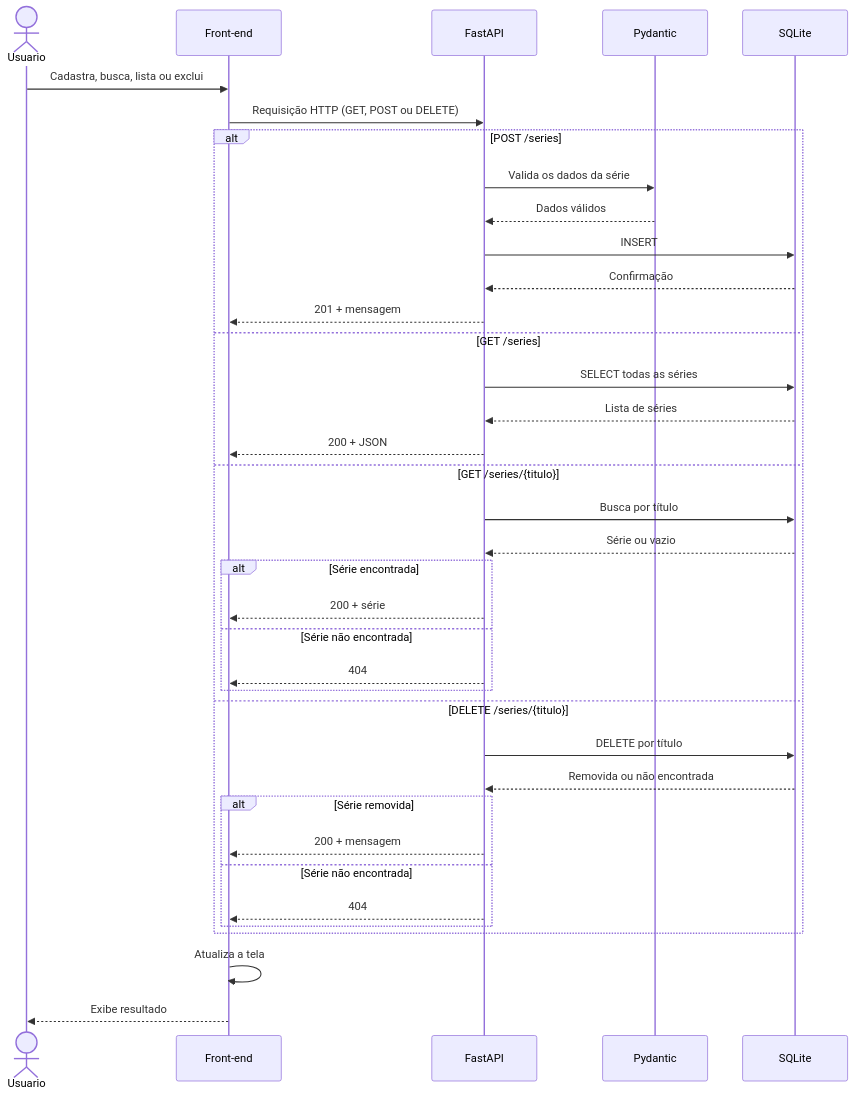
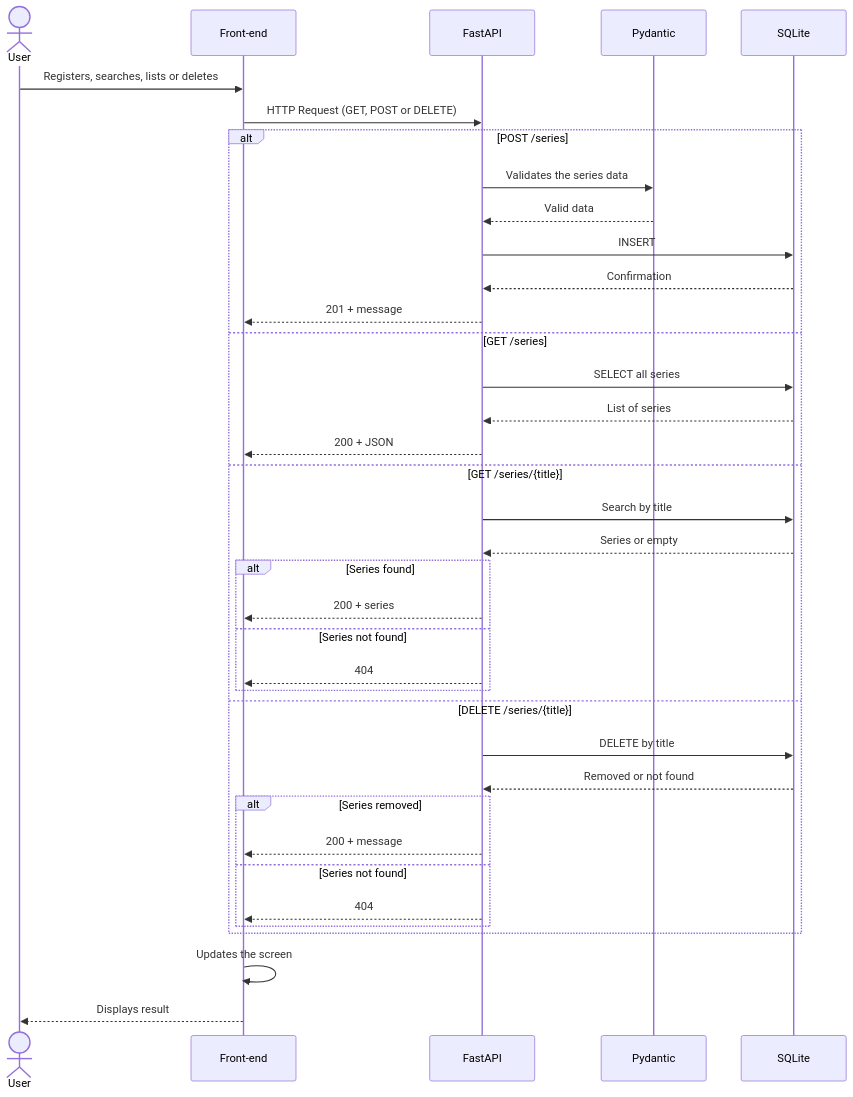
One commit to JuliaLavagnini/catagolo_series changed the second of 2 diagrams in README.md. Above: the diagram before and after it, drawn with Mermaid. The commit also changed other lines of this file and 9 other files, not shown here.

Commit message:
series management; enhance frontend interface with English translations and improved user experience

````diff
--- a/README.md
+++ b/README.md
@@ -57,42 +57,42 @@
 ```mermaid
 sequenceDiagram
-    actor Usuario
+    actor User
     participant Interface as Front-end
     participant API as FastAPI
-    participant Validacao as Pydantic
-    participant Banco as SQLite
+    participant Validation as Pydantic
+    participant Database as SQLite
 
-    Usuario->>Interface: Cadastra, busca, lista ou exclui
-    Interface->>API: Requisição HTTP (GET, POST ou DELETE)
+    User->>Interface: Registers, searches, lists or deletes
+    Interface->>API: HTTP Request (GET, POST or DELETE)
 
     alt POST /series
-        API->>Validacao: Valida os dados da série
-        Validacao-->>API: Dados válidos
-        API->>Banco: INSERT
-        Banco-->>API: Confirmação
-        API-->>Interface: 201 + mensagem
+        API->>Validation: Validates the series data
+        Validation-->>API: Valid data
+        API->>Database: INSERT
+        Database-->>API: Confirmation
+        API-->>Interface: 201 + message
     else GET /series
-        API->>Banco: SELECT todas as séries
-        Banco-->>API: Lista de séries
+        API->>Database: SELECT all series
+        Database-->>API: List of series
         API-->>Interface: 200 + JSON
-    else GET /series/{titulo}
-        API->>Banco: Busca por título
-        Banco-->>API: Série ou vazio
-        alt Série encontrada
-            API-->>Interface: 200 + série
-        else Série não encontrada
+    else GET /series/{title}
+        API->>Database: Search by title
+        Database-->>API: Series or empty
+        alt Series found
+            API-->>Interface: 200 + series
+        else Series not found
             API-->>Interface: 404
         end
-    else DELETE /series/{titulo}
-        API->>Banco: DELETE por título
-        Banco-->>API: Removida ou não encontrada
-        alt Série removida
-            API-->>Interface: 200 + mensagem
-        else Série não encontrada
+    else DELETE /series/{title}
+        API->>Database: DELETE by title
+        Database-->>API: Removed or not found
+        alt Series removed
+            API-->>Interface: 200 + message
+        else Series not found
             API-->>Interface: 404
         end
     end
 
-    Interface->>Interface: Atualiza a tela
-    Interface-->>Usuario: Exibe resultado
+    Interface->>Interface: Updates the screen
+    Interface-->>User: Displays result
 ```
````
